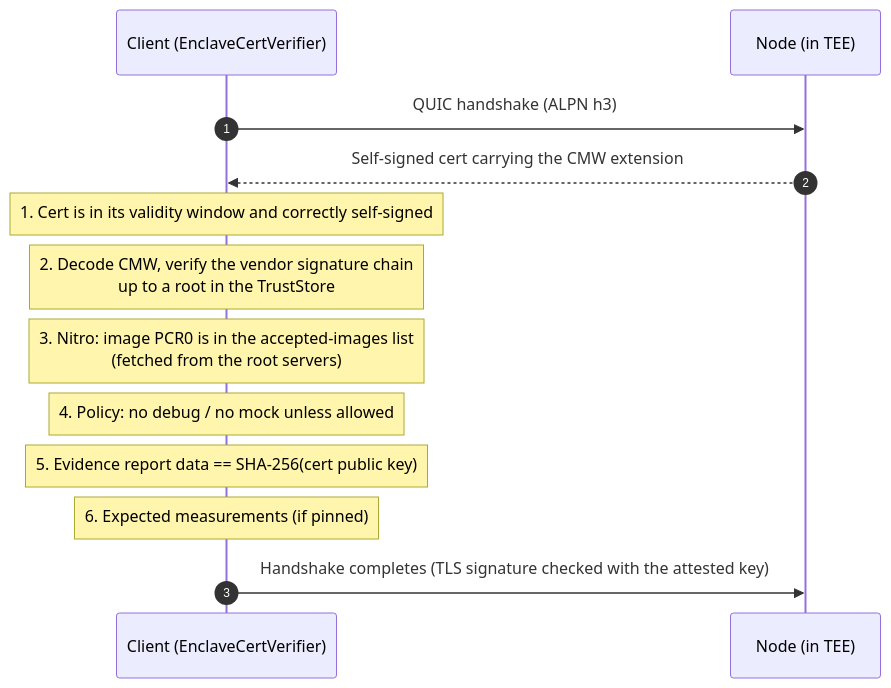
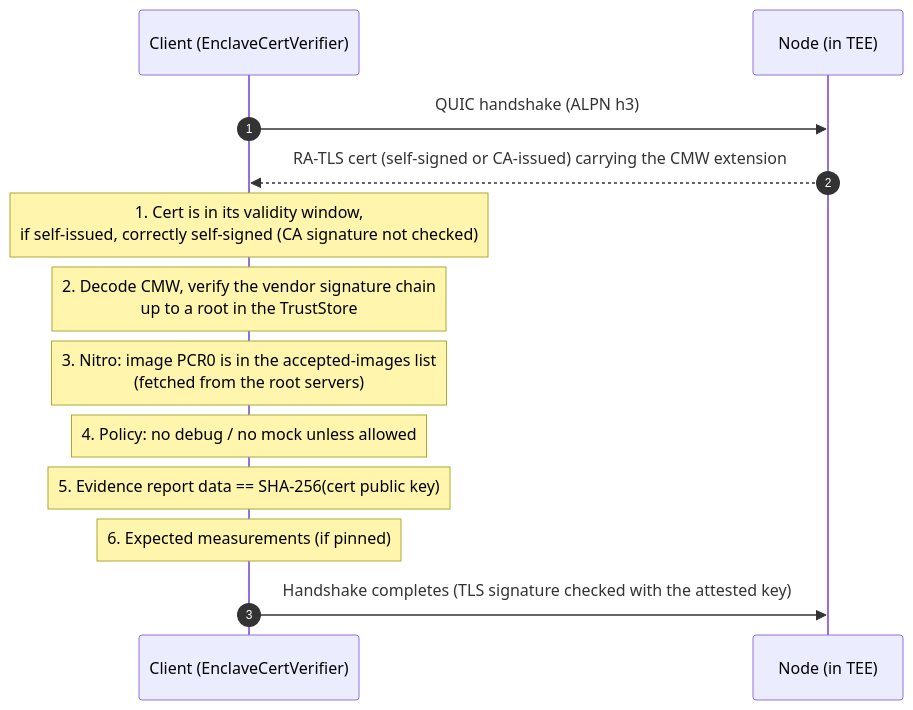
One commit to Lanetus/TTKServer changed the fourth of 11 diagrams in docs/src/ARCHITECTURE.md. Above: the diagram before and after it, drawn with Mermaid. The commit also changed other lines of this file and 14 other files, not shown here.

First line of the commit message:
feat: update the mdBook architecture docs to the current workspace (#94)

````diff
--- a/docs/src/ARCHITECTURE.md
+++ b/docs/src/ARCHITECTURE.md
@@ -200,16 +222,16 @@
 ```mermaid
 sequenceDiagram
     autonumber
     participant C as Client (EnclaveCertVerifier)
     participant N as Node (in TEE)
 
     C->>N: QUIC handshake (ALPN h3)
-    N-->>C: Self-signed cert carrying the CMW extension
-    Note over C: 1. Cert is in its validity window and correctly self-signed
+    N-->>C: RA-TLS cert (self-signed or CA-issued) carrying the CMW extension
+    Note over C: 1. Cert is in its validity window,<br/>if self-issued, correctly self-signed (CA signature not checked)
     Note over C: 2. Decode CMW, verify the vendor signature chain<br/>up to a root in the TrustStore
     Note over C: 3. Nitro: image PCR0 is in the accepted-images list<br/>(fetched from the root servers)
     Note over C: 4. Policy: no debug / no mock unless allowed
     Note over C: 5. Evidence report data == SHA-256(cert public key)
     Note over C: 6. Expected measurements (if pinned)
     C->>N: Handshake completes (TLS signature checked with the attested key)
 ```
````
